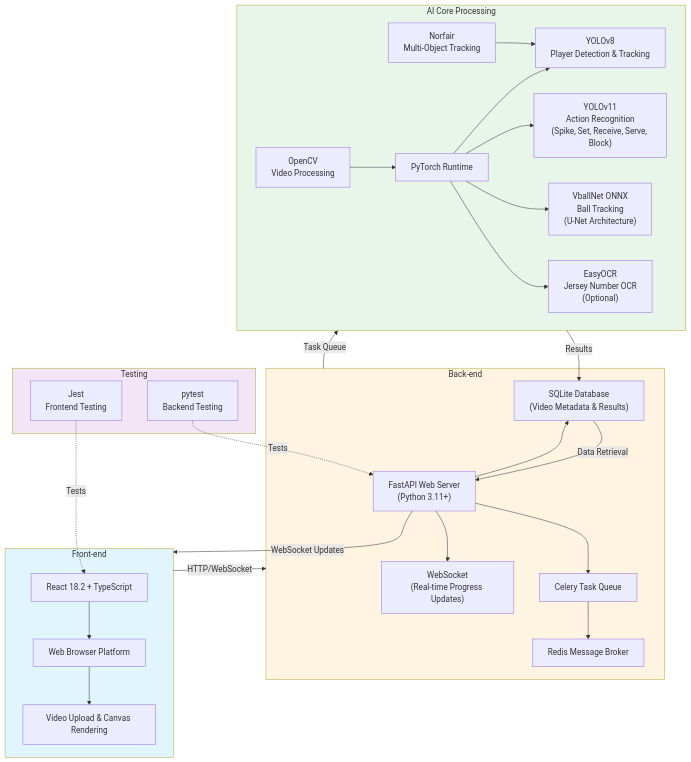
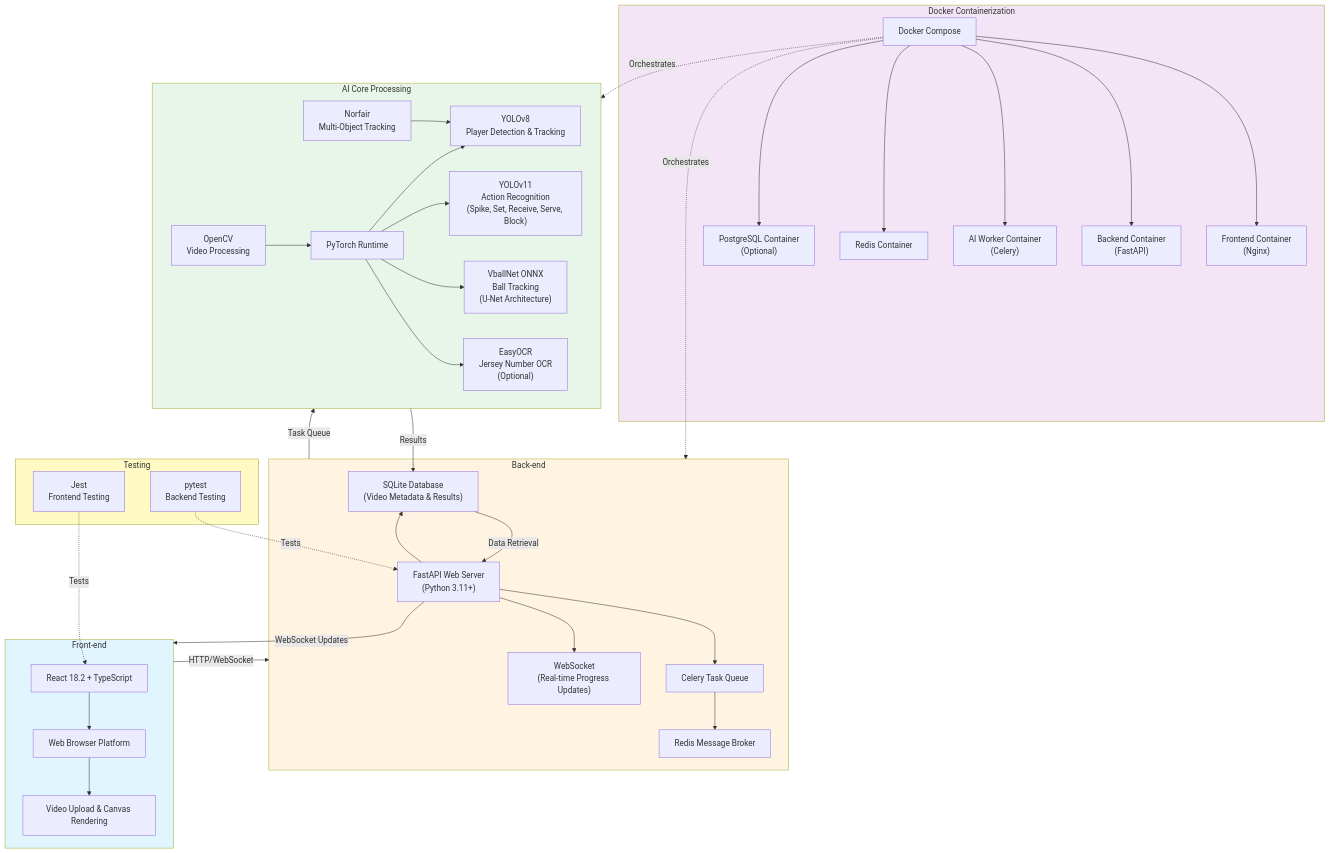
One commit to DL-Volleyball-Analysis/volleyball_analysis_webapp changed the diagram in docs/ARCHITECTURE.md. Above: the diagram before and after it, drawn with Mermaid. The commit also changed other lines of this file and 6 other files, not shown here.

First line of the commit message:
feat: add complete Docker configuration and update architecture

````diff
--- a/docs/ARCHITECTURE.md
+++ b/docs/ARCHITECTURE.md
@@ -5,59 +5,78 @@
 ```mermaid
 graph TB
     subgraph Frontend["Front-end"]
         React["React 18.2 + TypeScript"]
         Browser["Web Browser Platform"]
         Canvas["Video Upload & Canvas Rendering"]
         React --> Browser
         Browser --> Canvas
     end
 
     subgraph Backend["Back-end"]
         FastAPI["FastAPI Web Server<br/>(Python 3.11+)"]
         SQLite["SQLite Database<br/>(Video Metadata & Results)"]
         Celery["Celery Task Queue"]
         Redis["Redis Message Broker"]
         WebSocket["WebSocket<br/>(Real-time Progress Updates)"]
         
         FastAPI --> SQLite
         FastAPI --> Celery
         FastAPI --> WebSocket
         Celery --> Redis
     end
 
     subgraph AI["AI Core Processing"]
         YOLOv8["YOLOv8<br/>Player Detection & Tracking"]
         YOLOv11["YOLOv11<br/>Action Recognition<br/>(Spike, Set, Receive, Serve, Block)"]
         VballNet["VballNet ONNX<br/>Ball Tracking<br/>(U-Net Architecture)"]
         EasyOCR["EasyOCR<br/>Jersey Number OCR<br/>(Optional)"]
         PyTorch["PyTorch Runtime"]
         OpenCV["OpenCV<br/>Video Processing"]
         Norfair["Norfair<br/>Multi-Object Tracking"]
         
         PyTorch --> YOLOv8
         PyTorch --> YOLOv11
         PyTorch --> VballNet
         PyTorch --> EasyOCR
         OpenCV --> PyTorch
         Norfair --> YOLOv8
     end
 
+    subgraph Docker["Docker Containerization"]
+        DockerCompose["Docker Compose"]
+        FrontendContainer["Frontend Container<br/>(Nginx)"]
+        BackendContainer["Backend Container<br/>(FastAPI)"]
+        WorkerContainer["AI Worker Container<br/>(Celery)"]
+        RedisContainer["Redis Container"]
+        PostgresContainer["PostgreSQL Container<br/>(Optional)"]
+        
+        DockerCompose --> FrontendContainer
+        DockerCompose --> BackendContainer
+        DockerCompose --> WorkerContainer
+        DockerCompose --> RedisContainer
+        DockerCompose --> PostgresContainer
+    end
+
     subgraph Testing["Testing"]
         Jest["Jest<br/>Frontend Testing"]
         Pytest["pytest<br/>Backend Testing"]
     end
 
     Frontend -->|HTTP/WebSocket| Backend
     Backend -->|Task Queue| AI
     AI -->|Results| SQLite
     SQLite -->|Data Retrieval| FastAPI
     FastAPI -->|WebSocket Updates| Frontend
     
+    DockerCompose -.->|Orchestrates| Backend
+    DockerCompose -.->|Orchestrates| AI
+    
     Jest -.->|Tests| React
     Pytest -.->|Tests| FastAPI
 
     style Frontend fill:#e1f5ff
     style Backend fill:#fff4e1
     style AI fill:#e8f5e9
-    style Testing fill:#f3e5f5
+    style Docker fill:#f3e5f5
+    style Testing fill:#fff9c4
 ```
````
